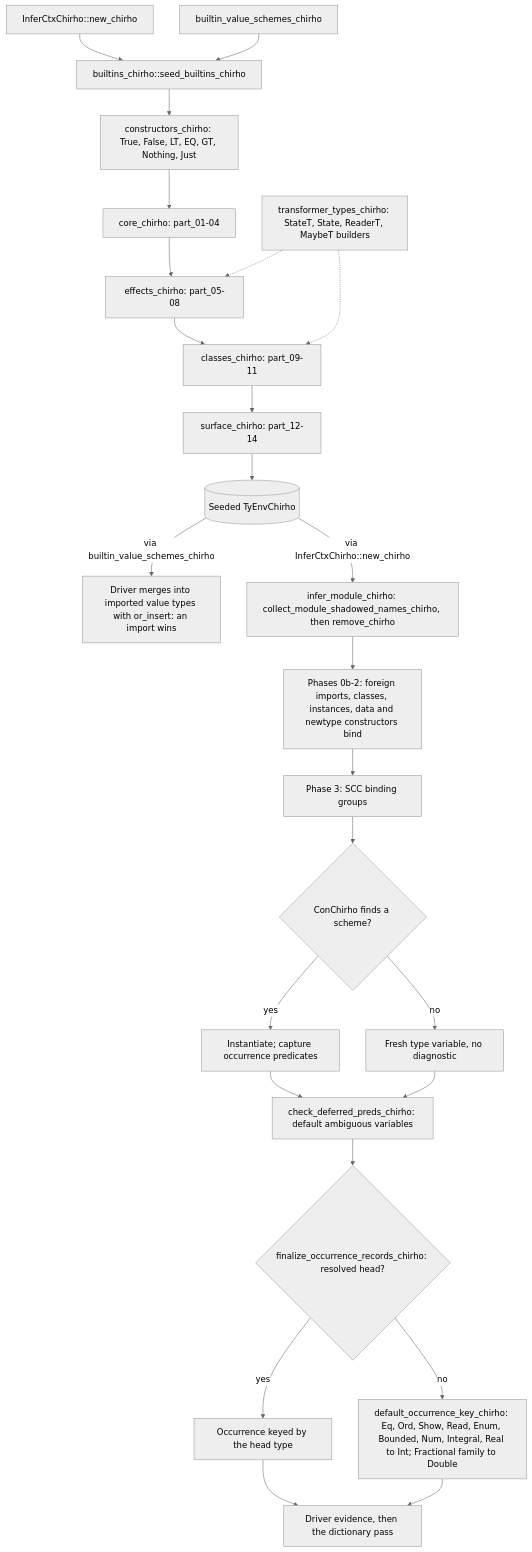
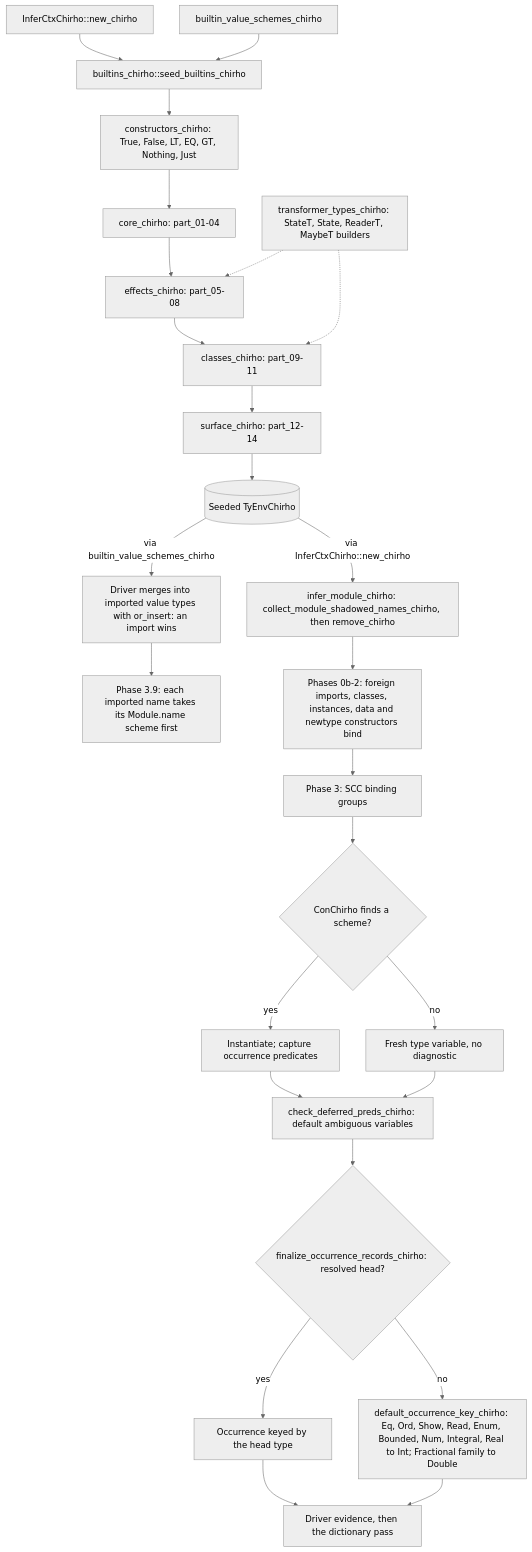
Before and after one commit to loveJesus/haskelujah-chirho: the diagram in spec-chirho/workflows-chirho/compiler-pipeline-chirho/builtin-type-environment-chirho.md, drawn with Mermaid (neutral theme). The commit also changed other lines of this file and 1 other file, not shown here.

First line of the commit message:
docs(typing): record the module-scoped builtin route for join and &

````diff
--- a/spec-chirho/workflows-chirho/compiler-pipeline-chirho/builtin-type-environment-chirho.md
+++ b/spec-chirho/workflows-chirho/compiler-pipeline-chirho/builtin-type-environment-chirho.md
@@ -6,28 +6,29 @@
 ```mermaid
 flowchart TD
     ctx_chirho[InferCtxChirho::new_chirho] --> hub_chirho[builtins_chirho::seed_builtins_chirho]
     schemes_chirho[builtin_value_schemes_chirho] --> hub_chirho
     hub_chirho --> constructors_chirho[constructors_chirho: True, False, LT, EQ, GT, Nothing, Just]
     constructors_chirho --> core_chirho[core_chirho: part_01-04]
     core_chirho --> effects_chirho[effects_chirho: part_05-08]
     effects_chirho --> classes_chirho[classes_chirho: part_09-11]
     classes_chirho --> surface_chirho[surface_chirho: part_12-14]
     builders_chirho[transformer_types_chirho: StateT, State, ReaderT, MaybeT builders] -.-> effects_chirho
     builders_chirho -.-> classes_chirho
     surface_chirho --> seeded_chirho[(Seeded TyEnvChirho)]
 
     seeded_chirho -- via builtin_value_schemes_chirho --> driver_chirho[Driver merges into imported value types with or_insert: an import wins]
+    driver_chirho --> imports_chirho[Phase 3.9: each imported name takes its Module.name scheme first]
     seeded_chirho -- via InferCtxChirho::new_chirho --> shadow_chirho[infer_module_chirho: collect_module_shadowed_names_chirho, then remove_chirho]
     shadow_chirho --> rebind_chirho[Phases 0b-2: foreign imports, classes, instances, data and newtype constructors bind]
     rebind_chirho --> groups_chirho[Phase 3: SCC binding groups]
     groups_chirho --> bound_chirho{ConChirho finds a scheme?}
     bound_chirho -- yes --> instantiate_chirho[Instantiate; capture occurrence predicates]
     bound_chirho -- no --> fresh_chirho[Fresh type variable, no diagnostic]
     instantiate_chirho --> deferred_chirho[check_deferred_preds_chirho: default ambiguous variables]
     fresh_chirho --> deferred_chirho
     deferred_chirho --> finalize_chirho{finalize_occurrence_records_chirho: resolved head?}
     finalize_chirho -- yes --> key_chirho[Occurrence keyed by the head type]
     finalize_chirho -- no --> default_chirho[default_occurrence_key_chirho: Eq, Ord, Show, Read, Enum, Bounded, Num, Integral, Real to Int; Fractional family to Double]
     key_chirho --> evidence_chirho[Driver evidence, then the dictionary pass]
     default_chirho --> evidence_chirho
 ```
````
